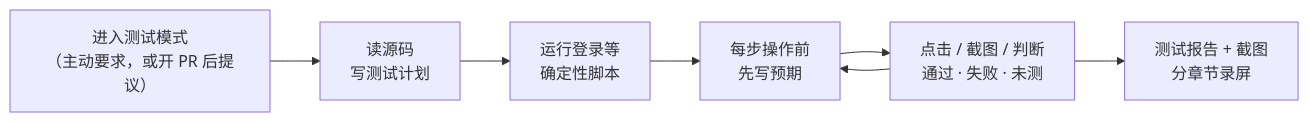
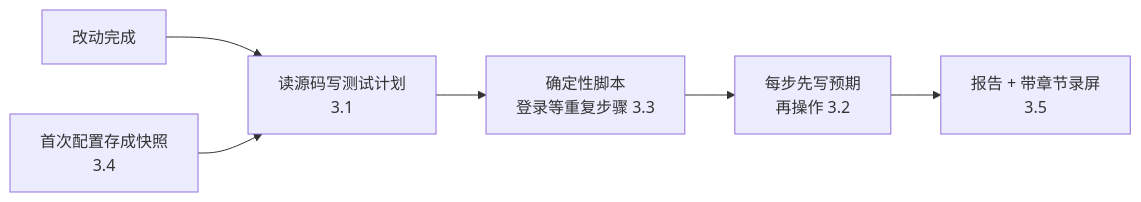
The diagram in docs/32-cognition-verifying-agentic-development.md (yzw7489757/ai-coding-videos), drawn with Mermaid before and after one commit. The commit also changed other lines of this file and 6 other files, not shown here.

````diff
--- a/docs/32-cognition-verifying-agentic-development.md
+++ b/docs/32-cognition-verifying-agentic-development.md
@@ -50,9 +67,8 @@
 ```mermaid
 flowchart LR
-    A["进入测试模式<br/>（主动要求，或开 PR 后提议）"] --> B["读源码<br/>写测试计划"]
-    B --> C["运行登录等<br/>确定性脚本"]
-    C --> D["每步操作前<br/>先写预期"]
-    D --> E["点击 / 截图 / 判断<br/>通过 · 失败 · 未测"]
-    E --> D
-    E --> F["测试报告 + 截图<br/>分章节录屏"]
+  A["改动完成"] --> B["读源码写测试计划<br/>3.1"]
+  B --> C["确定性脚本<br/>登录等重复步骤 3.3"]
+  C --> D["每步先写预期<br/>再操作 3.2"]
+  D --> E["报告 + 带章节录屏<br/>3.5"]
+  F["首次配置存成快照<br/>3.4"] --> B
 ```
````
